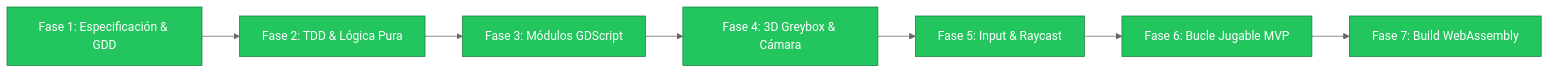
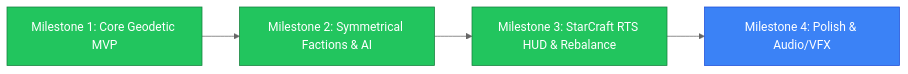
One commit to omarneyra/invassion changed the diagram in ROADMAP.md. Above: the diagram before and after it, drawn with Mermaid (neutral theme). The commit also changed other lines of this file and 4 other files, not shown here.

````diff
--- a/ROADMAP.md
+++ b/ROADMAP.md
@@ -9,17 +9,11 @@
 ```mermaid
 flowchart LR
-	F1["Fase 1: Especificación & GDD"] --> F2["Fase 2: TDD & Lógica Pura"]
-	F2 --> F3["Fase 3: Módulos GDScript"]
-	F3 --> F4["Fase 4: 3D Greybox & Cámara"]
-	F4 --> F5["Fase 5: Input & Raycast"]
-	F5 --> F6["Fase 6: Bucle Jugable MVP"]
-	F6 --> F7["Fase 7: Build WebAssembly"]
+	M1["Milestone 1: Core Geodetic MVP"] --> M2["Milestone 2: Symmetrical Factions & AI"]
+	M2 --> M3["Milestone 3: StarCraft RTS HUD & Rebalance"]
+	M3 --> M4["Milestone 4: Polish & Audio/VFX"]
 
-	style F1 fill:#22c55e,stroke:#15803d,color:#ffffff
-	style F2 fill:#22c55e,stroke:#15803d,color:#ffffff
-	style F3 fill:#22c55e,stroke:#15803d,color:#ffffff
-	style F4 fill:#22c55e,stroke:#15803d,color:#ffffff
-	style F5 fill:#22c55e,stroke:#15803d,color:#ffffff
-	style F6 fill:#22c55e,stroke:#15803d,color:#ffffff
-	style F7 fill:#22c55e,stroke:#15803d,color:#ffffff
+	style M1 fill:#22c55e,stroke:#15803d,color:#ffffff
+	style M2 fill:#22c55e,stroke:#15803d,color:#ffffff
+	style M3 fill:#22c55e,stroke:#15803d,color:#ffffff
+	style M4 fill:#3b82f6,stroke:#1d4ed8,color:#ffffff
 ```
````
